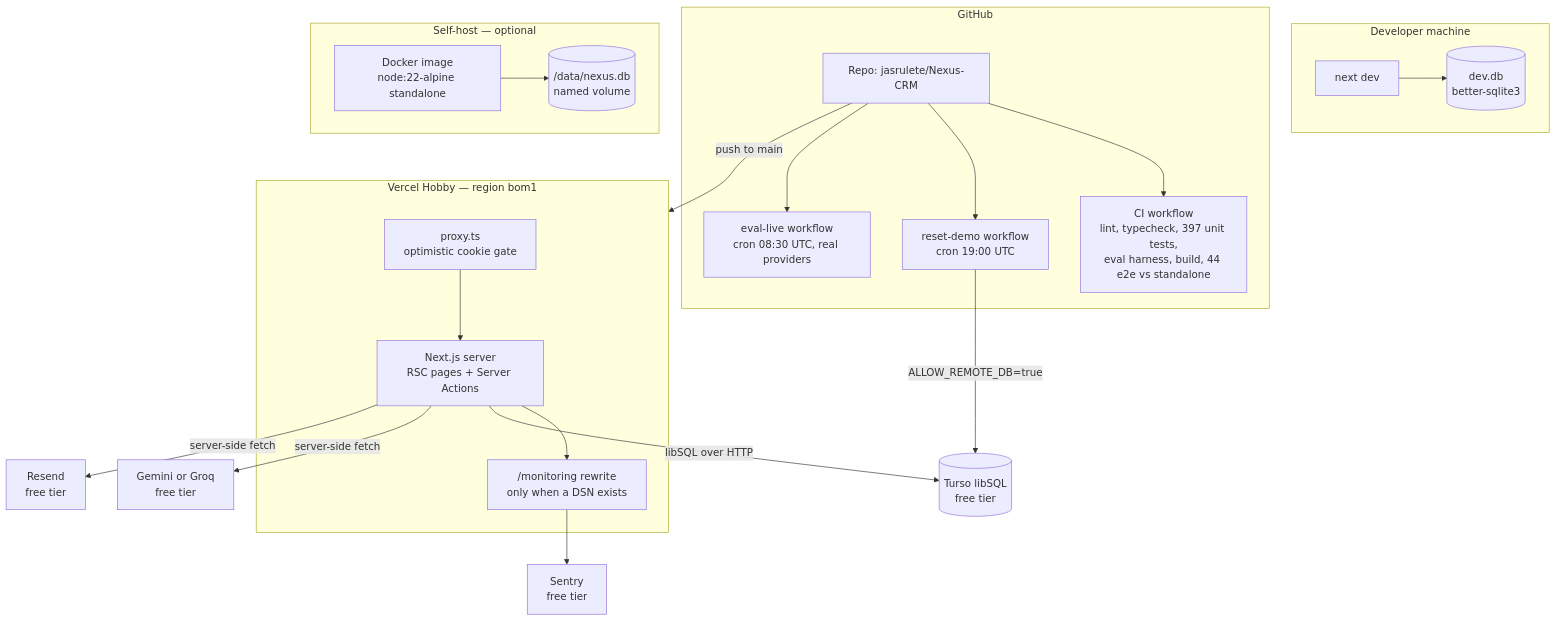
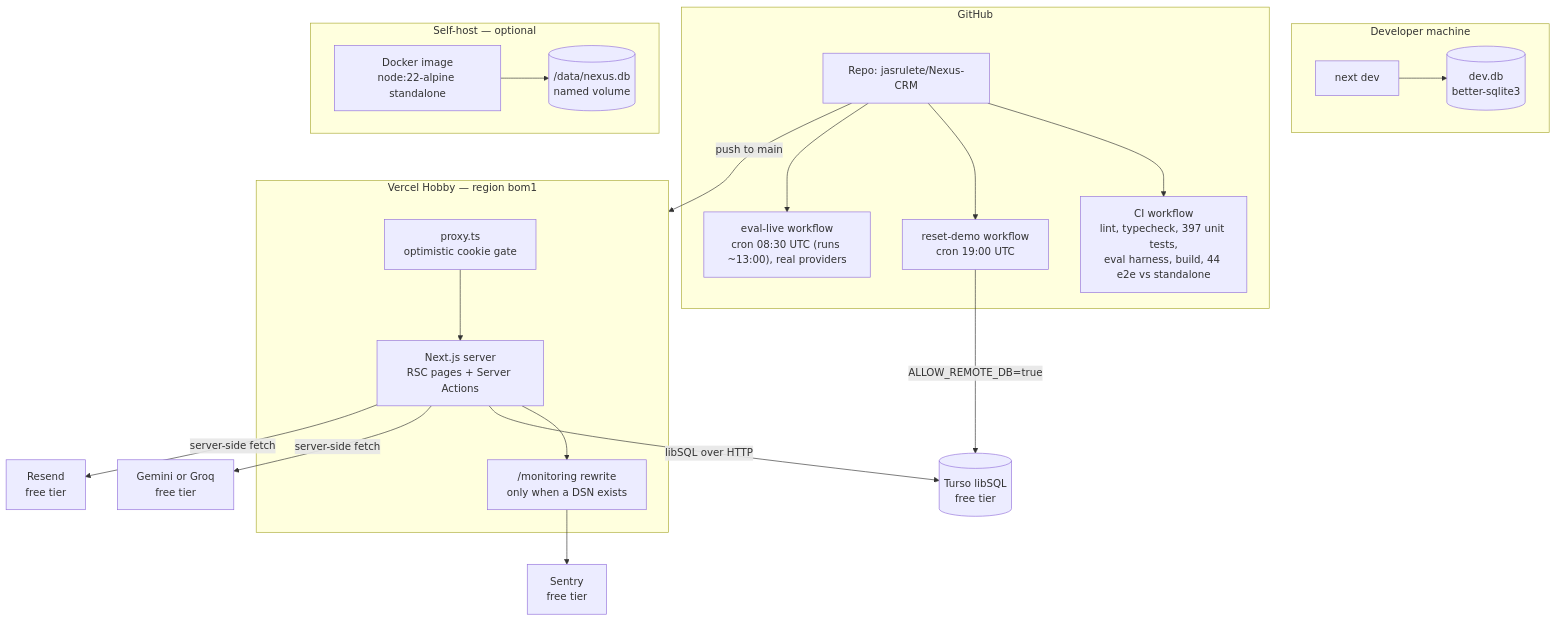
Before and after one commit to jasrulete/Nexus-CRM: the first of 2 diagrams in docs/TECHNICAL-DESIGN.md, drawn with Mermaid. The commit also changed other lines of this file and 4 other files, not shown here.

First line of the commit message:
docs: the echo property, the parrot's real record, and when the nightly actually runs

````diff
--- a/docs/TECHNICAL-DESIGN.md
+++ b/docs/TECHNICAL-DESIGN.md
@@ -82,44 +82,44 @@
 ```mermaid
 flowchart TB
     subgraph dev["Developer machine"]
         NEXTDEV["next dev"]
         FILE[("dev.db<br/>better-sqlite3")]
         NEXTDEV --> FILE
     end
 
     subgraph gh["GitHub"]
         REPO["Repo: jasrulete/Nexus-CRM"]
         CI["CI workflow<br/>lint, typecheck, 397 unit tests,<br/>eval harness, build, 44 e2e vs standalone"]
         RESET["reset-demo workflow<br/>cron 19:00 UTC"]
-        EVAL["eval-live workflow<br/>cron 08:30 UTC, real providers"]
+        EVAL["eval-live workflow<br/>cron 08:30 UTC (runs ~13:00), real providers"]
         REPO --> CI
         REPO --> RESET
         REPO --> EVAL
     end
 
     subgraph vercel["Vercel Hobby — region bom1"]
         PROXY["proxy.ts<br/>optimistic cookie gate"]
         APP["Next.js server<br/>RSC pages + Server Actions"]
         TUNNEL["/monitoring rewrite<br/>only when a DSN exists"]
         PROXY --> APP
         APP --> TUNNEL
     end
 
     subgraph selfhost["Self-host — optional"]
         DOCKER["Docker image<br/>node:22-alpine standalone"]
         VOL[("/data/nexus.db<br/>named volume")]
         DOCKER --> VOL
     end
 
     TURSO[("Turso libSQL<br/>free tier")]
     AI["Gemini or Groq<br/>free tier"]
     RESEND["Resend<br/>free tier"]
     SENTRY["Sentry<br/>free tier"]
 
     REPO -- "push to main" --> vercel
     APP -- "libSQL over HTTP" --> TURSO
     RESET -- "ALLOW_REMOTE_DB=true" --> TURSO
     APP -- "server-side fetch" --> AI
     APP -- "server-side fetch" --> RESEND
     TUNNEL --> SENTRY
 ```
````
